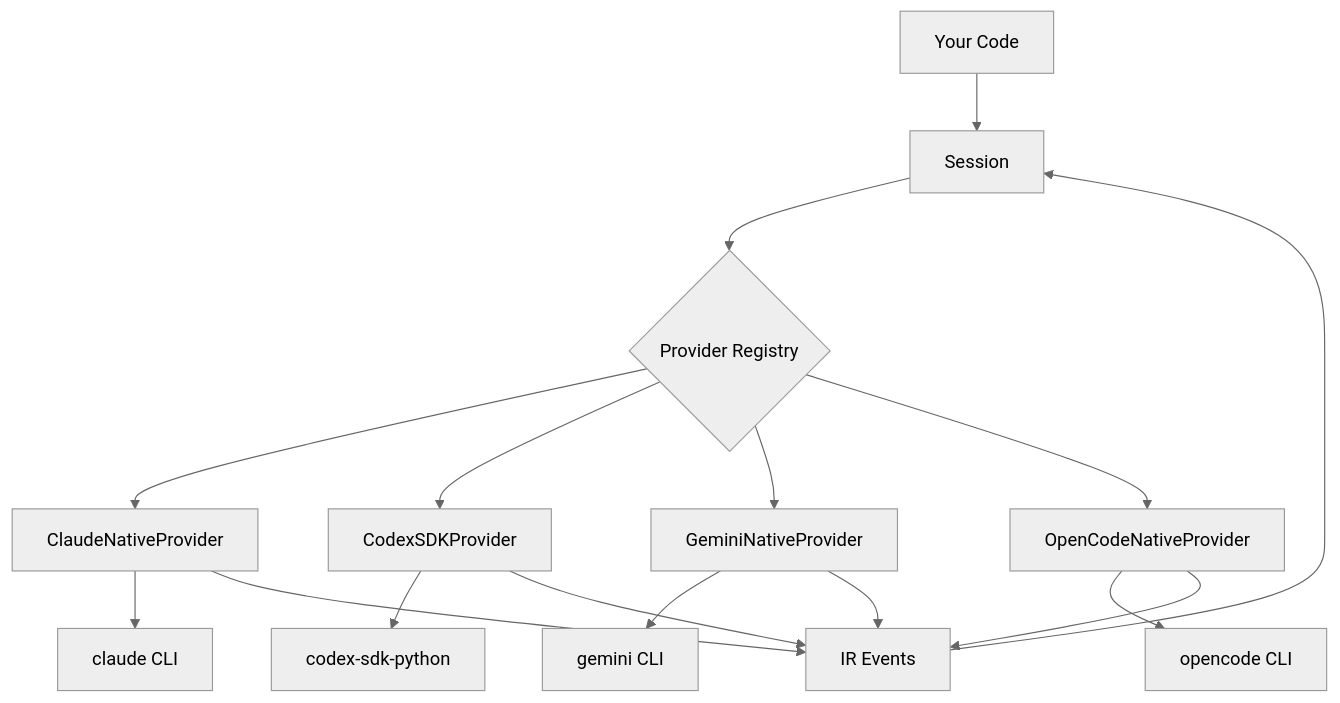
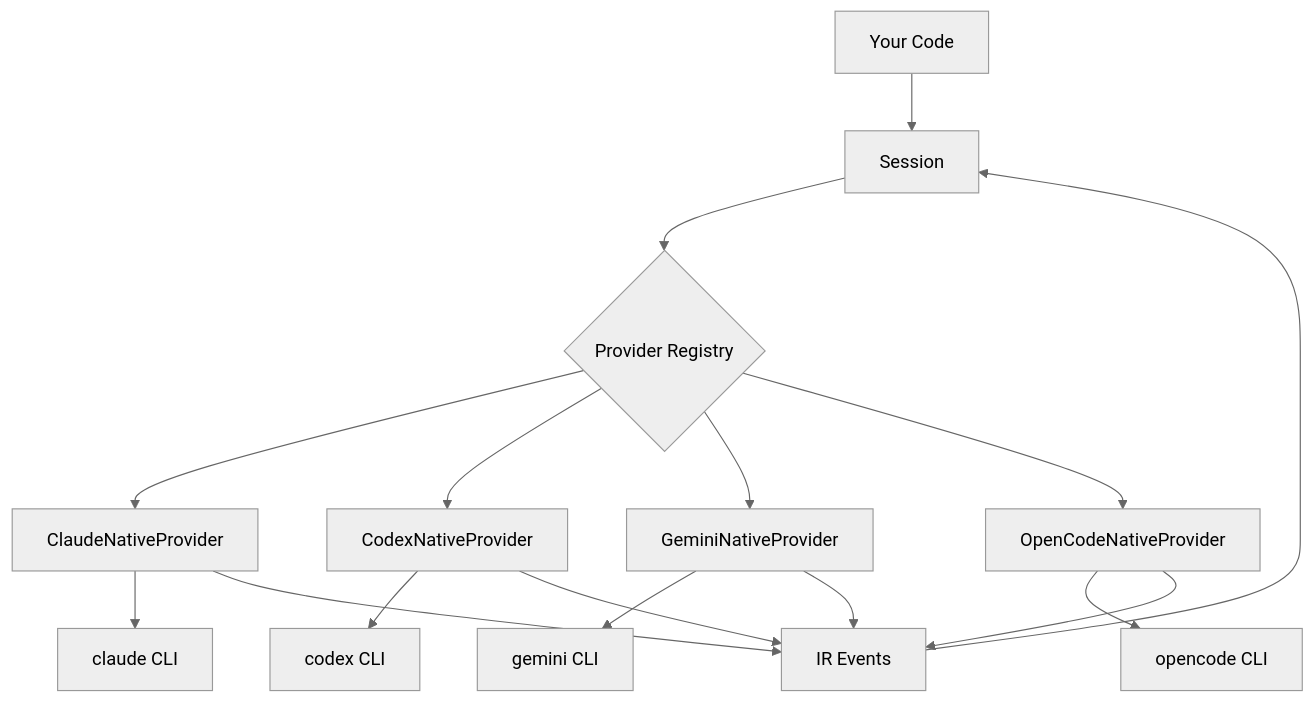
Before and after one commit to Oaklight/agentabi: the diagram in docs/architecture.md, drawn with Mermaid (neutral theme). The commit also changed other lines of this file and 6 other files, not shown here.

First line of the commit message:
Add CodexNativeProvider docs, prefer parameter, and native vs SDK comparison page

````diff
--- a/docs/architecture.md
+++ b/docs/architecture.md
@@ -11,18 +11,18 @@
 ```mermaid
 graph TD
     A[Your Code] --> B[Session]
     B --> C{Provider Registry}
     C --> D[ClaudeNativeProvider]
-    C --> E[CodexSDKProvider]
+    C --> E[CodexNativeProvider]
     C --> F[GeminiNativeProvider]
     C --> G[OpenCodeNativeProvider]
     D --> H[claude CLI]
-    E --> I[codex-sdk-python]
+    E --> I[codex CLI]
     F --> J[gemini CLI]
     G --> K[opencode CLI]
     D --> L[IR Events]
     E --> L
     F --> L
     G --> L
     L --> B
 ```
````
